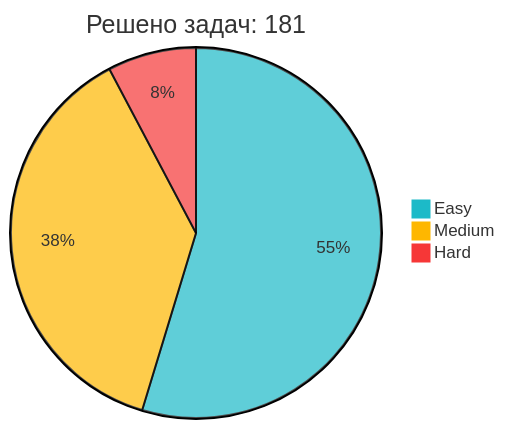
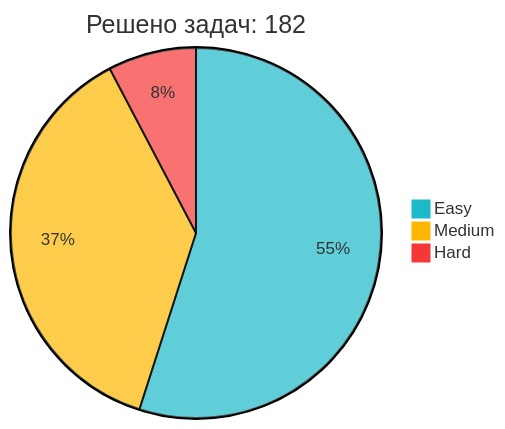
Before and after one commit to IliaKurdukov/IliaKurdukov: the diagram in README.md, drawn with Mermaid. The commit also changed other lines of this file, not shown here.

Commit message:
📈 Обновление статистики LeetCode

````diff
--- a/README.md
+++ b/README.md
@@ -51,7 +51,7 @@
 ```mermaid
 %%{init: {'theme': 'base', 'themeVariables': { 'pie1': '#1CBAC8', 'pie2': '#FEB700', 'pie3': '#F63737' }, 'config': {'width': 300, 'height': 200}}}%%
-pie title Решено задач: 181
-   "Easy" : 99
+pie title Решено задач: 182
+   "Easy" : 100
    "Medium" : 68
    "Hard" : 14
 ```
````
